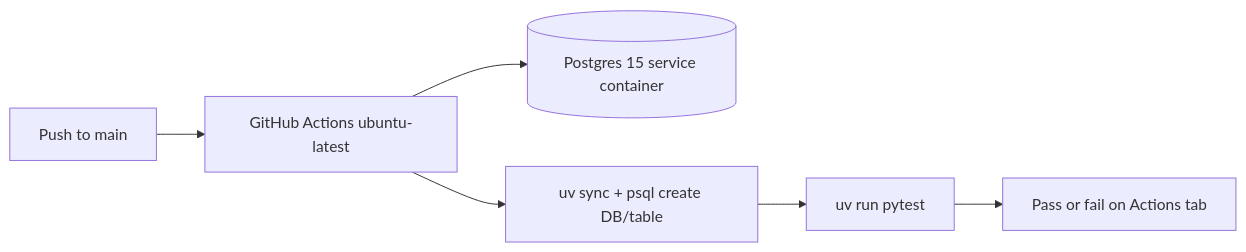
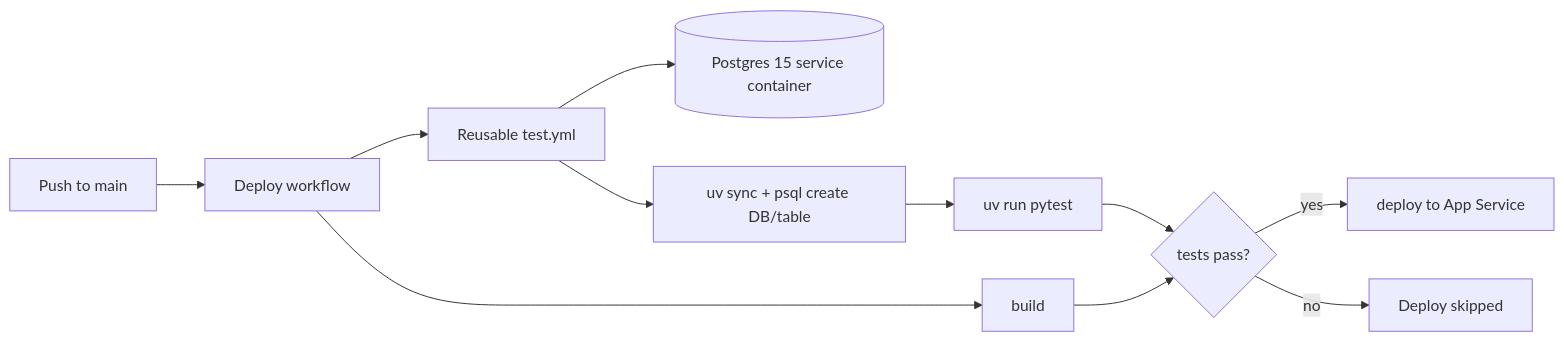
The sixth of 8 diagrams in docs/upgrade-roadmap.md (BrotherofOracleMan/CosmicMissions), drawn with Mermaid before and after one commit. The commit also changed other lines of this file and 2 other files, not shown here.

````diff
--- a/docs/upgrade-roadmap.md
+++ b/docs/upgrade-roadmap.md
@@ -517,8 +518,13 @@
 ```mermaid
 flowchart LR
-    push[Push to main] --> gha[GitHub Actions ubuntu-latest]
-    gha --> pg[(Postgres 15 service container)]
-    gha --> setup[uv sync + psql create DB/table]
+    push[Push to main] --> caller[Deploy workflow]
+    caller --> testJob[Reusable test.yml]
+    testJob --> pg[(Postgres 15 service container)]
+    testJob --> setup[uv sync + psql create DB/table]
     setup --> pytest[uv run pytest]
-    pytest --> result[Pass or fail on Actions tab]
+    caller --> build[build]
+    pytest --> gate{tests pass?}
+    build --> gate
+    gate -->|yes| deploy[deploy to App Service]
+    gate -->|no| stop[Deploy skipped]
 ```
````
